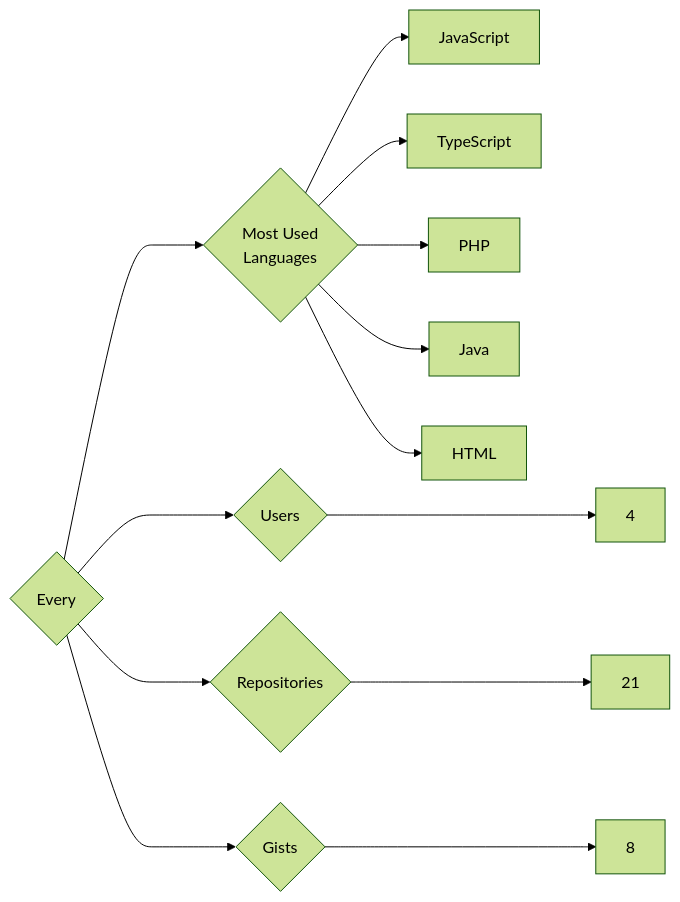
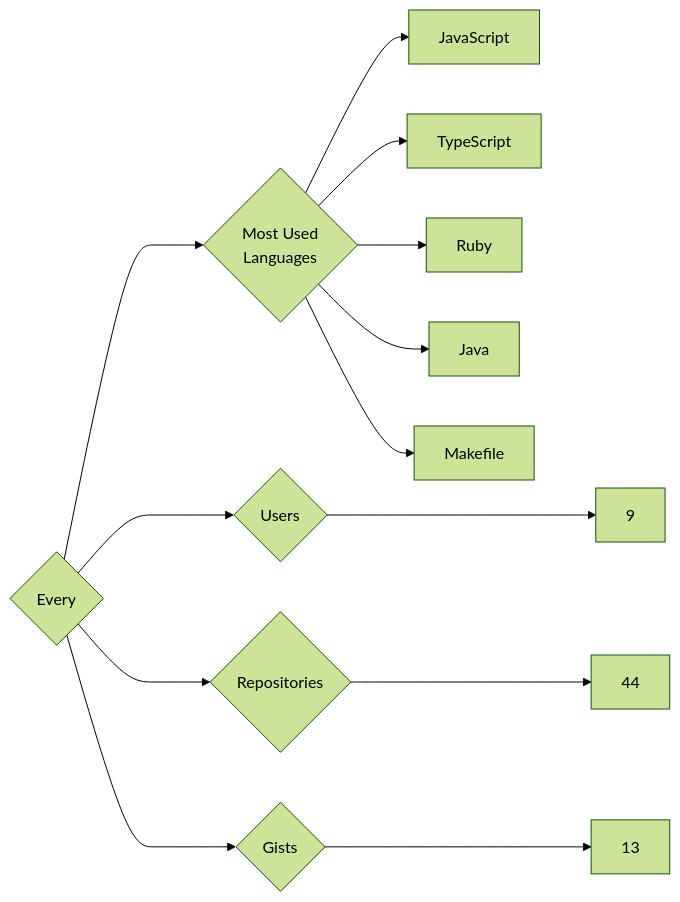
Before and after one commit to trickest/insiders: the diagram in targets/Every/README.md, drawn with Mermaid (forest theme). The commit also changed 1055 other files, not shown here.

````diff
--- a/targets/Every/README.md
+++ b/targets/Every/README.md
@@ -3,13 +3,13 @@
 ```mermaid
 graph LR
 COMPANY_NAME{Every}
-COMPANY_NAME ---> U{Users} ---> UN[4]
-COMPANY_NAME ---> R{Repositories} ---> RN[21]
-COMPANY_NAME ---> G{Gists} ---> GN[8]
+COMPANY_NAME ---> U{Users} ---> UN[9]
+COMPANY_NAME ---> R{Repositories} ---> RN[44]
+COMPANY_NAME ---> G{Gists} ---> GN[13]
 COMPANY_NAME ---> ML{Most Used<br>Languages}
 ML --> JavaScript[JavaScript]
 ML --> TypeScript[TypeScript]
-ML --> PHP[PHP]
+ML --> Ruby[Ruby]
 ML --> Java[Java]
-ML --> HTML[HTML]
+ML --> Makefile[Makefile]
 ```
````
